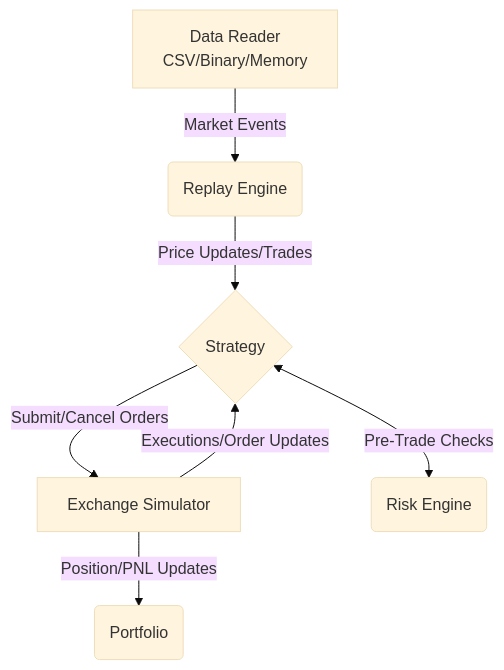
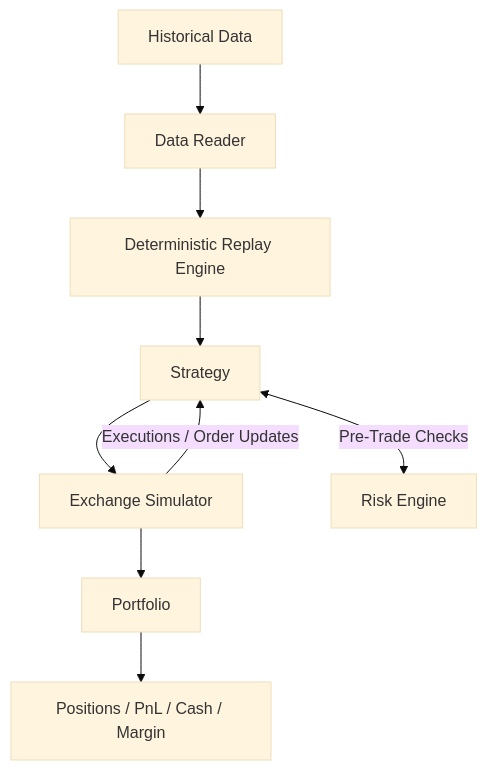
Before and after one commit to ram-mittal/Stratergy-tester: the diagram in README.md, drawn with Mermaid (base theme). The commit also changed other lines of this file, not shown here.

````diff
--- a/README.md
+++ b/README.md
@@ -9,9 +15,11 @@
 ```mermaid
 graph TD
-    A[Data Reader<br/>CSV/Binary/Memory] -->|Market Events| B(Replay Engine)
-    B -->|Price Updates/Trades| C{Strategy}
-    C -->|Submit/Cancel Orders| D[Exchange Simulator]
-    D -->|Executions/Order Updates| C
-    C <-->|Pre-Trade Checks| E(Risk Engine)
-    D -->|Position/PNL Updates| F(Portfolio)
+    D[Historical Data] --> R[Data Reader]
+    R --> E[Deterministic Replay Engine]
+    E --> S[Strategy]
+    S --> X[Exchange Simulator]
+    X -->|Executions / Order Updates| S
+    S <-->|Pre-Trade Checks| K[Risk Engine]
+    X --> P[Portfolio]
+    P --> M[Positions / PnL / Cash / Margin]
 ```
````
